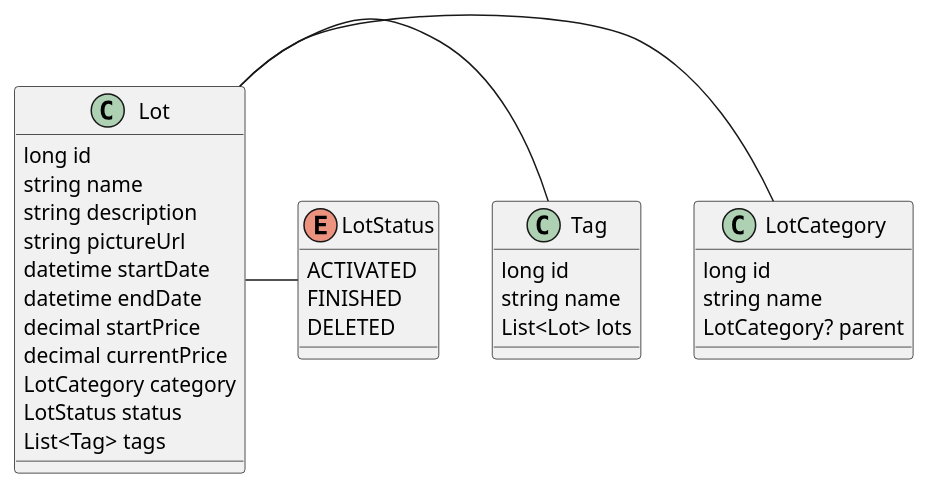
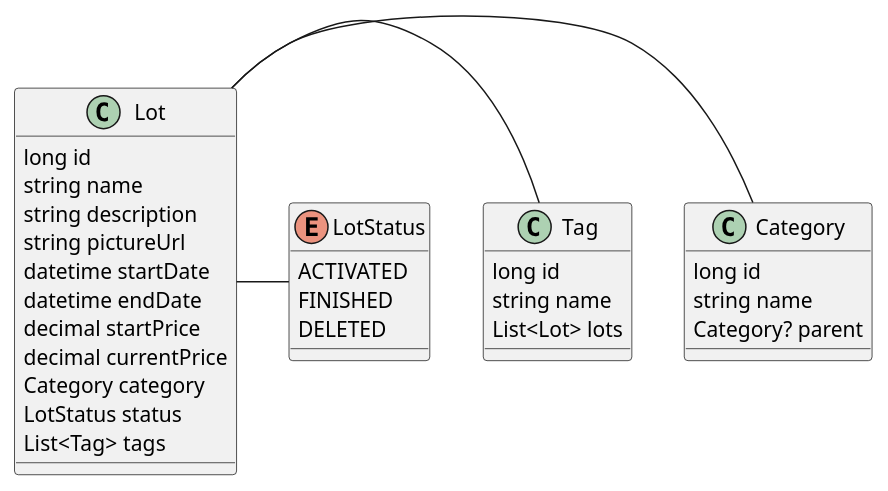
Before and after one commit to ETML-ES-LABEFE-SEB-SEB/Backend: the diagram in docs/class_diagram.puml, drawn with PlantUML. The commit also changed 10 other files, not shown here.

Commit message:
refactor: Change LotCategory entity name for Category

```diff
--- a/docs/class_diagram.puml
+++ b/docs/class_diagram.puml
@@ -1,39 +1,39 @@
 @startuml
 
 class Lot {
     long id
     string name
     string description
     string pictureUrl
     datetime startDate
     datetime endDate
     decimal startPrice
     decimal currentPrice
-    LotCategory category
+    Category category
     LotStatus status
     List<Tag> tags
 }
 
 class Tag {
     long id
     string name
     List<Lot> lots
 }
 
-class LotCategory {
+class Category {
     long id
     string name
-    LotCategory? parent
+    Category? parent
 }
 
 enum LotStatus {
     ACTIVATED
     FINISHED
     DELETED
 }
 
-Lot - LotCategory
+Lot - Category
 Lot - Tag
 Lot - LotStatus
 
 @enduml
```
